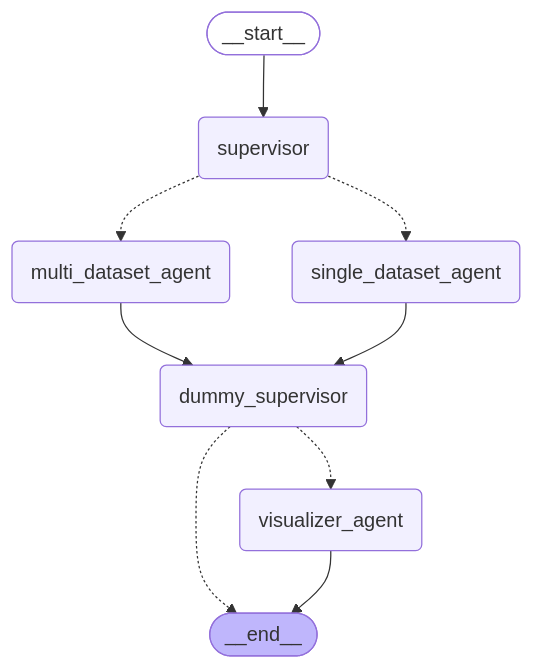
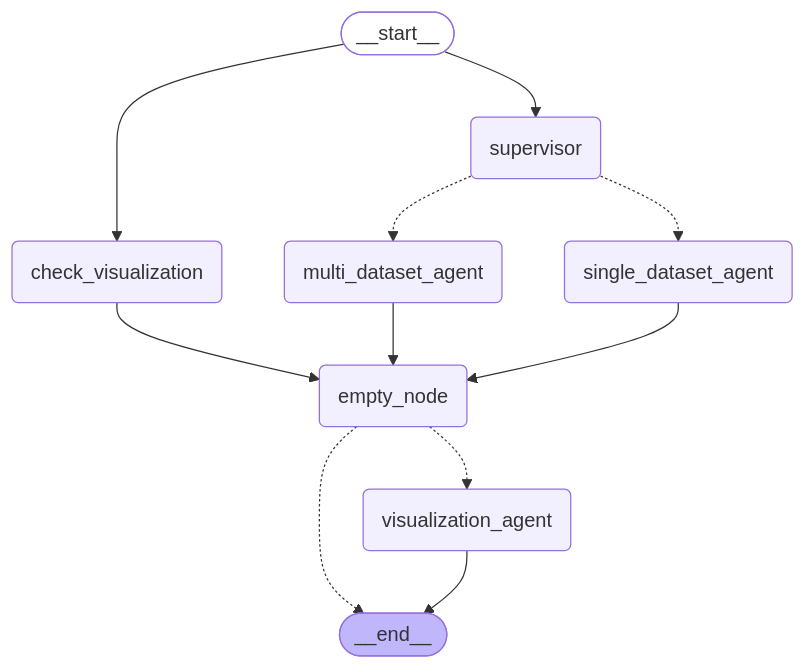
Before and after one commit to factly/gopie: the diagram in chat-server/app/workflow/graph/graph_mermaid/agent_graph.mmd, drawn with Mermaid. The commit also changed 38 other files, not shown here.

Commit message:
feat: refactor agent architecture with visualization support and OpenAI adapterTAGM: Update persona chat server

```diff
--- a/chat-server/app/workflow/graph/graph_mermaid/agent_graph.mmd
+++ b/chat-server/app/workflow/graph/graph_mermaid/agent_graph.mmd
@@ -1,24 +1,27 @@
 ---
 config:
   flowchart:
     curve: basis
 ---
 graph TD;
 	__start__([<p>__start__</p>]):::first
 	supervisor(supervisor)
 	multi_dataset_agent(multi_dataset_agent)
 	single_dataset_agent(single_dataset_agent)
-	visualizer_agent(visualizer_agent)
-	dummy_supervisor(dummy_supervisor)
+	visualization_agent(visualization_agent)
+	check_visualization(check_visualization)
+	empty_node(empty_node)
 	__end__([<p>__end__</p>]):::last
+	__start__ --> check_visualization;
 	__start__ --> supervisor;
-	dummy_supervisor -.-> __end__;
-	dummy_supervisor -.-> visualizer_agent;
-	multi_dataset_agent --> dummy_supervisor;
-	single_dataset_agent --> dummy_supervisor;
+	check_visualization --> empty_node;
+	empty_node -.-> __end__;
+	empty_node -.-> visualization_agent;
+	multi_dataset_agent --> empty_node;
+	single_dataset_agent --> empty_node;
 	supervisor -.-> multi_dataset_agent;
 	supervisor -.-> single_dataset_agent;
-	visualizer_agent --> __end__;
+	visualization_agent --> __end__;
 	classDef default fill:#f2f0ff,line-height:1.2
 	classDef first fill-opacity:0
 	classDef last fill:#bfb6fc
```
